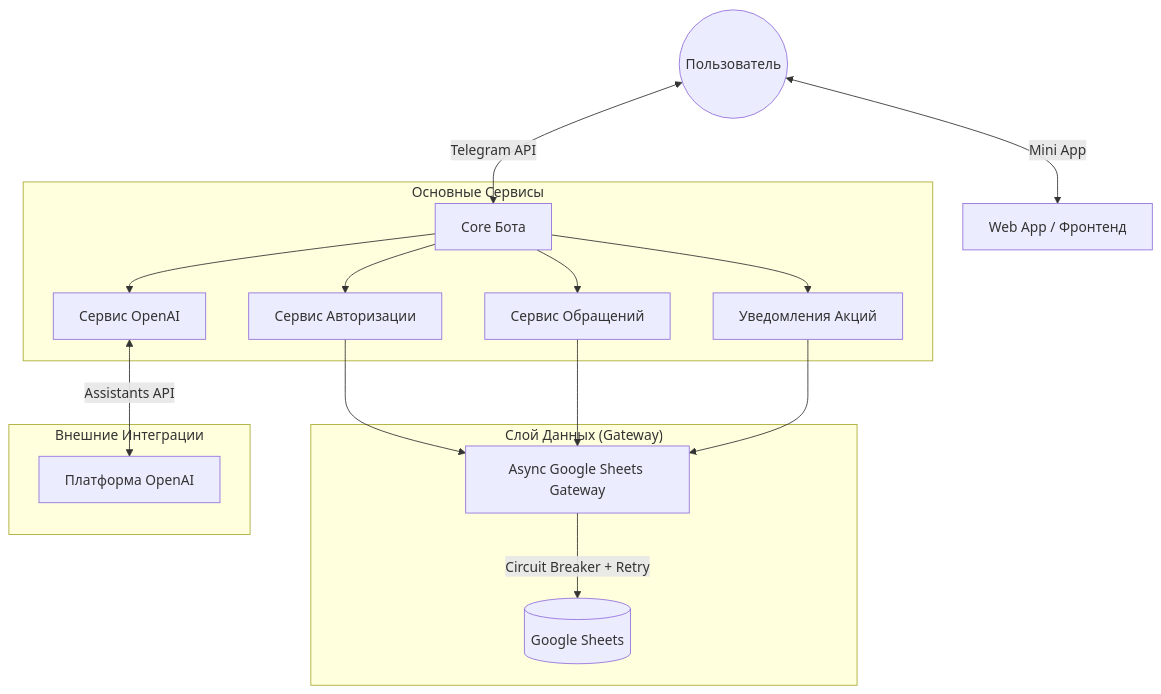
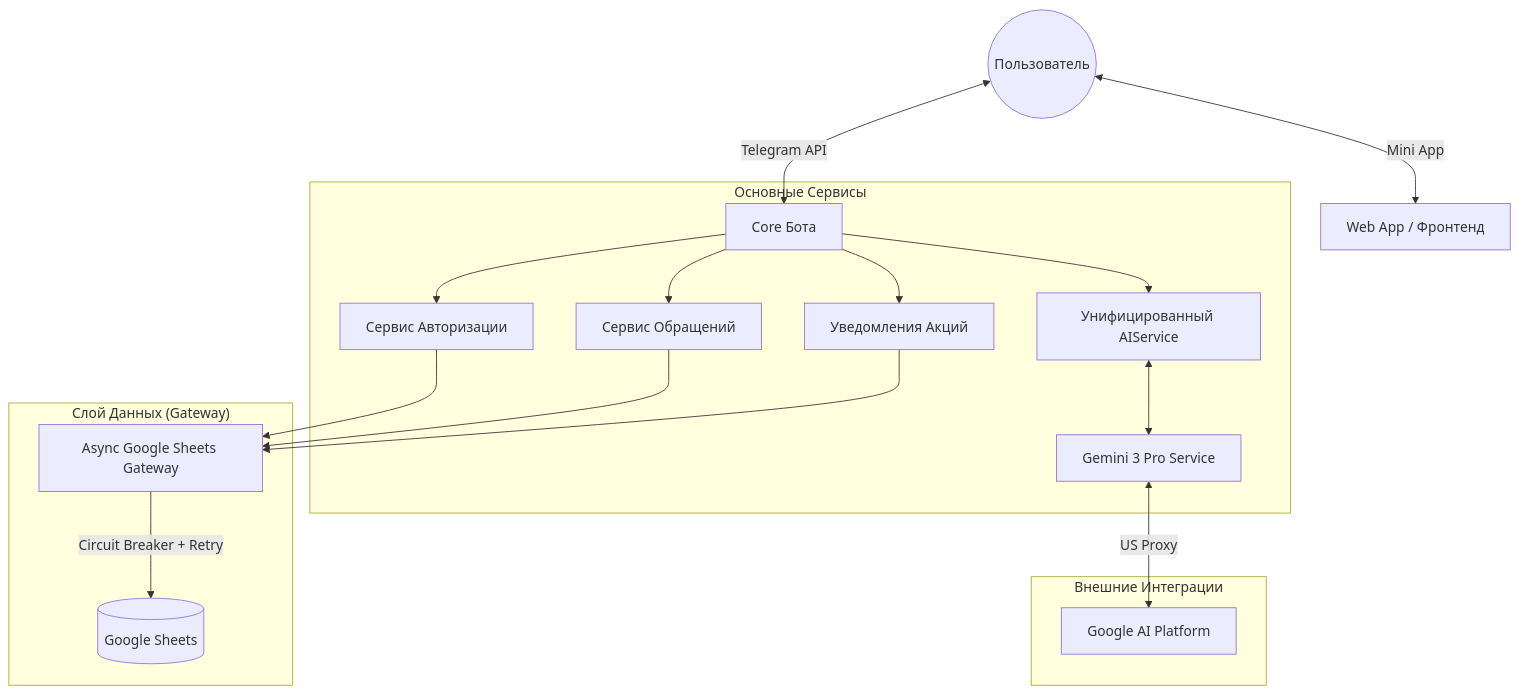
Before and after one commit to synthosaicreativestudio-maker/marketing: the diagram in docs/TECHNICAL_DOCUMENTATION_RU.md, drawn with Mermaid. The commit also changed other lines of this file and 5 other files, not shown here.

````diff
--- a/docs/TECHNICAL_DOCUMENTATION_RU.md
+++ b/docs/TECHNICAL_DOCUMENTATION_RU.md
@@ -23,23 +23,24 @@
 ```mermaid
 graph TD
     User((Пользователь)) <-->|Telegram API| Bot[Core Бота]
     User <-->|Mini App| WebApp[Web App / Фронтенд]
     
     subgraph "Основные Сервисы"
         Bot --> AuthService[Сервис Авторизации]
         Bot --> AppealsService[Сервис Обращений]
-        Bot --> OpenAIService[Сервис OpenAI]
+        Bot --> AIService[Унифицированный AIService]
+        AIService <--> GeminiService[Gemini 3 Pro Service]
         Bot --> Notifier[Уведомления Акций]
     end
     
     subgraph "Слой Данных (Gateway)"
         AuthService --> Gateway[Async Google Sheets Gateway]
         AppealsService --> Gateway
         Notifier --> Gateway
         Gateway -->|Circuit Breaker + Retry| GSheets[(Google Sheets)]
     end
     
     subgraph "Внешние Интеграции"
-        OpenAIService <-->|Assistants API| OpenAI[Платформа OpenAI]
+        GeminiService <-->|US Proxy| Gemini[Google AI Platform]
     end
 ```
````
